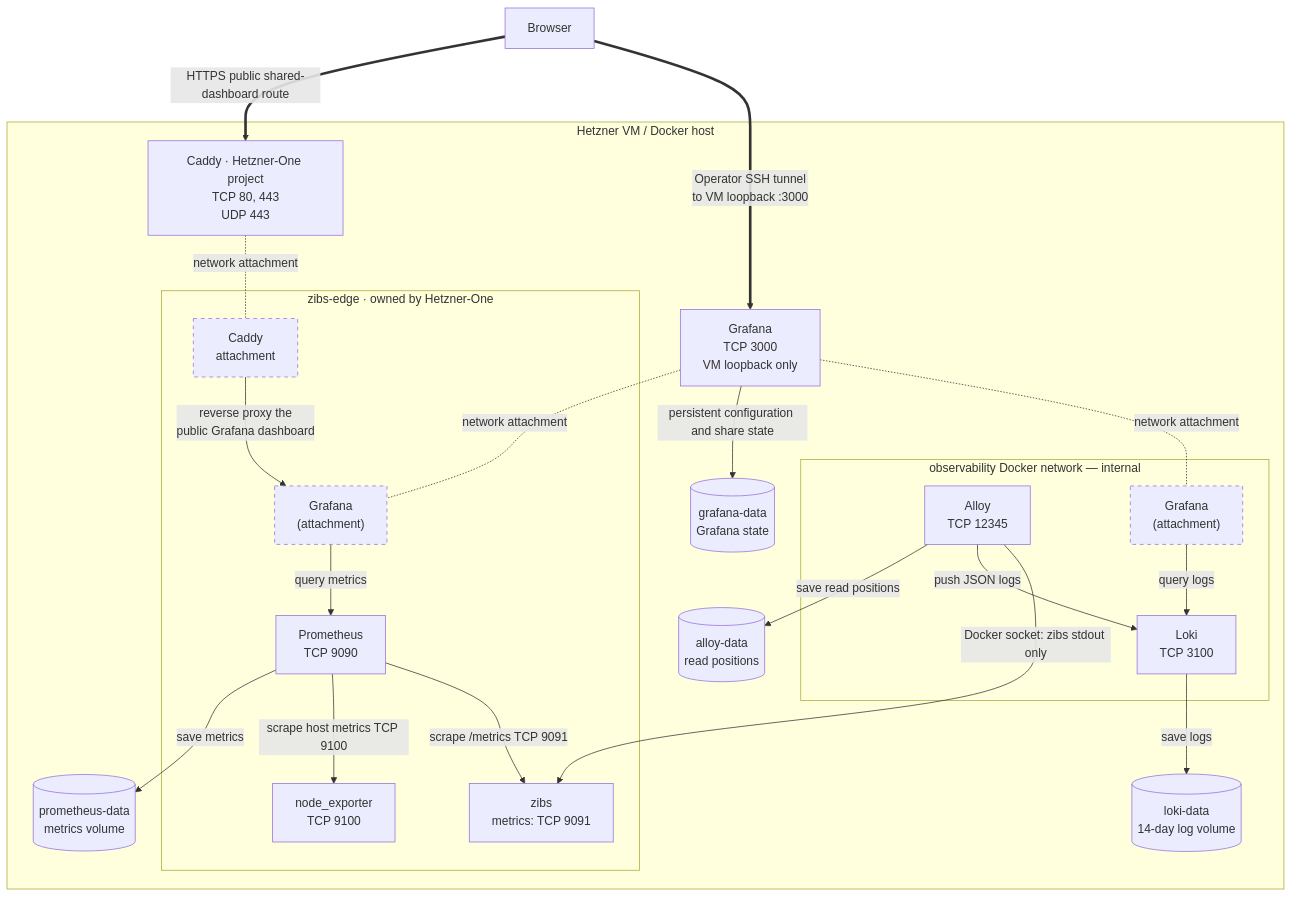
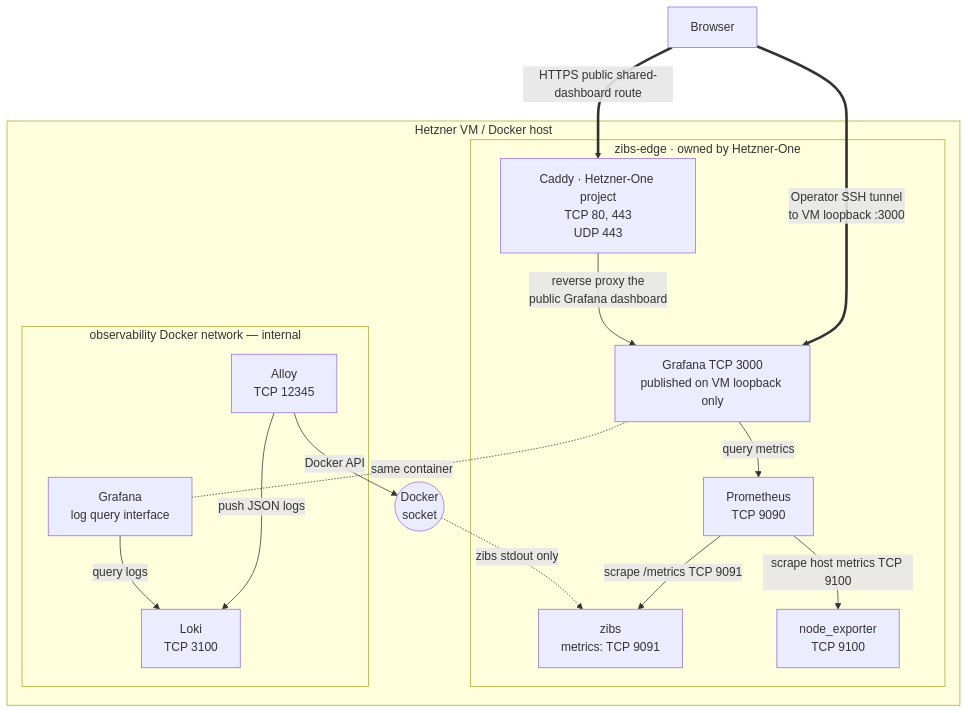
Before and after one commit to dvinubius/zibs: the first of 2 diagrams in docs/observability.md, drawn with Mermaid. The commit also changed other lines of this file and 1 other file, not shown here.

Commit message:
Simplify deployment and observability diagrams
Show Caddy once inside zibs-edge, route Alloy through a Docker socket
node, represent Grafana's two network attachments as one container,
and move telemetry volumes into their own diagram.

````diff
--- a/docs/observability.md
+++ b/docs/observability.md
@@ -9,45 +9,32 @@
 ```mermaid
 flowchart TB
     browser[Browser]
 
     subgraph host[Hetzner VM / Docker host]
-        grafana[Grafana<br/>TCP 3000<br/>VM loopback only]
         subgraph edge[zibs-edge · owned by Hetzner-One]
-            caddyAppEdge[Caddy<br/>attachment]
+            caddy[Caddy · Hetzner-One project<br/>TCP 80, 443<br/>UDP 443]
             zibs[zibs<br/>metrics: TCP 9091]
             prometheus[Prometheus<br/>TCP 9090]
             nodeExporter[node_exporter<br/>TCP 9100]
-            grafanaAppEdge["Grafana<br/>(attachment)"]
+            grafanaEdge[Grafana TCP 3000<br/>published on VM loopback only]
         end
         subgraph observability[observability Docker network — internal]
             loki[Loki<br/>TCP 3100]
             alloy[Alloy<br/>TCP 12345]
-            grafanaObservability["Grafana<br/>(attachment)"]
+            grafanaObservability[Grafana<br/>log query interface]
         end
-        prometheusData[(prometheus-data<br/>metrics volume)]
-        lokiData[(loki-data<br/>14-day log volume)]
-        alloyData[(alloy-data<br/>read positions)]
-        grafanaData[(grafana-data<br/>Grafana state)]
-        caddy[Caddy · Hetzner-One project<br/>TCP 80, 443<br/>UDP 443]
+        socket((Docker<br/>socket))
     end
 
-    browser ==>|Operator SSH tunnel<br/>to VM loopback :3000| grafana
+    browser ==>|Operator SSH tunnel<br/>to VM loopback :3000| grafanaEdge
     browser ==>|HTTPS public shared-dashboard route| caddy
-    caddy -.-|network attachment| caddyAppEdge
-    caddyAppEdge -->|reverse proxy the<br/>public Grafana dashboard| grafanaAppEdge
+    caddy -->|reverse proxy the<br/>public Grafana dashboard| grafanaEdge
     prometheus -->|scrape /metrics TCP 9091| zibs
     prometheus -->|scrape host metrics TCP 9100| nodeExporter
-    prometheus -->|save metrics| prometheusData
-    alloy -->|Docker socket: zibs stdout only| zibs
+    alloy -->|Docker API| socket
+    socket -.->|zibs stdout only| zibs
     alloy -->|push JSON logs| loki
-    alloy -->|save read positions| alloyData
-    loki -->|save logs| lokiData
-    grafana -.-|network attachment| grafanaAppEdge
-    grafana -.-|network attachment| grafanaObservability
-    grafanaAppEdge -->|query metrics| prometheus
+    grafanaEdge -.-|same container| grafanaObservability
+    grafanaEdge -->|query metrics| prometheus
     grafanaObservability -->|query logs| loki
-    grafana -->|persistent configuration and share state| grafanaData
-
-    classDef networkAttachment stroke-dasharray: 5 5;
-    class caddyAppEdge,grafanaAppEdge,grafanaObservability networkAttachment;
 ```
````
